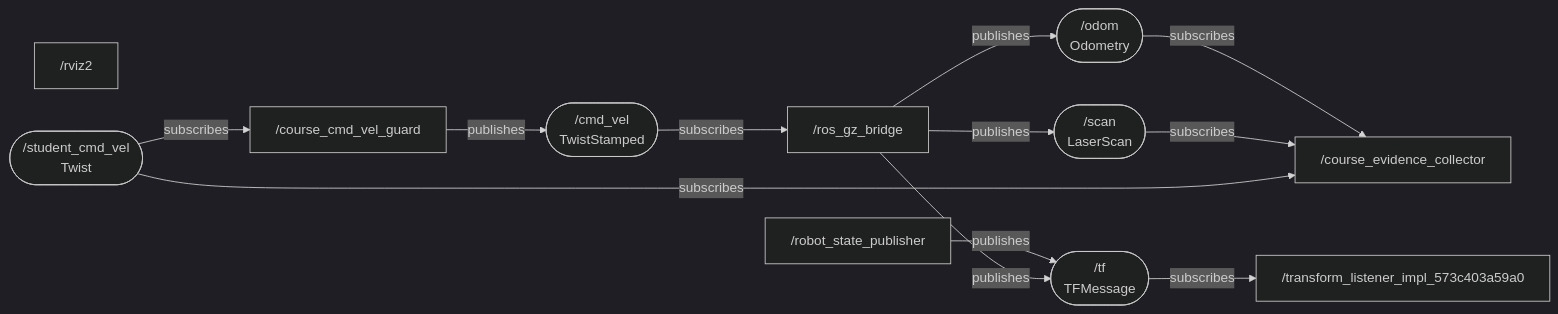
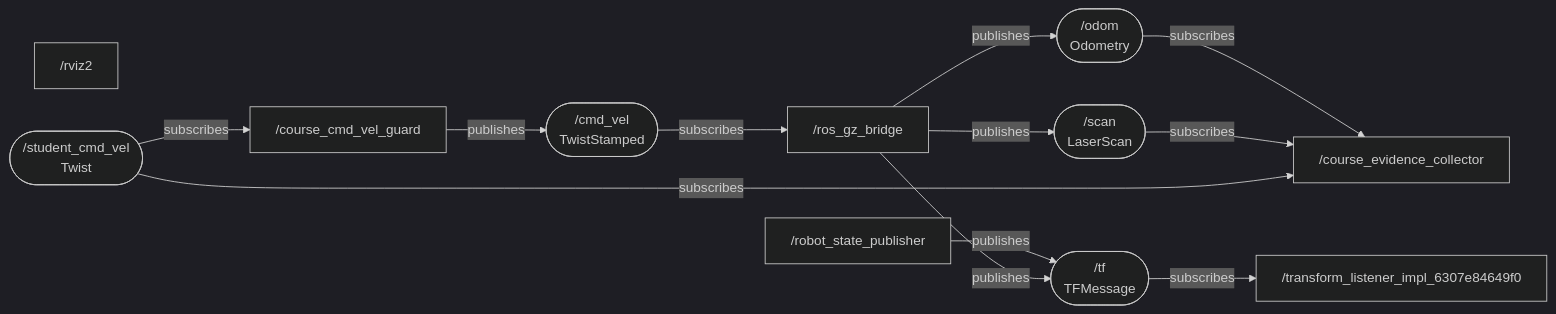
One commit to JonathanNg123/robotics-fall2026 changed the diagram in week01_ros_foundations/student_submission/mission_1/ros_system_diagram.md. Above: the diagram before and after it, drawn with Mermaid (dark theme). The commit also changed 4 other files, not shown here.

````diff
--- a/week01_ros_foundations/student_submission/mission_1/ros_system_diagram.md
+++ b/week01_ros_foundations/student_submission/mission_1/ros_system_diagram.md
@@ -3,25 +3,25 @@
 ```mermaid
 flowchart LR
   n0["/course_cmd_vel_guard"]
   n1["/course_evidence_collector"]
   n2["/robot_state_publisher"]
   n3["/ros_gz_bridge"]
   n4["/rviz2"]
-  n5["/transform_listener_impl_573c403a59a0"]
+  n5["/transform_listener_impl_6307e84649f0"]
   t0(["/cmd_vel<br/>TwistStamped"])
   n0 -->|publishes| t0
   t0 -->|subscribes| n3
   t1(["/odom<br/>Odometry"])
   n3 -->|publishes| t1
   t1 -->|subscribes| n1
   t2(["/scan<br/>LaserScan"])
   n3 -->|publishes| t2
   t2 -->|subscribes| n1
   t3(["/student_cmd_vel<br/>Twist"])
   t3 -->|subscribes| n0
   t3 -->|subscribes| n1
   t4(["/tf<br/>TFMessage"])
   n2 -->|publishes| t4
   n3 -->|publishes| t4
   t4 -->|subscribes| n5
 ```
````
